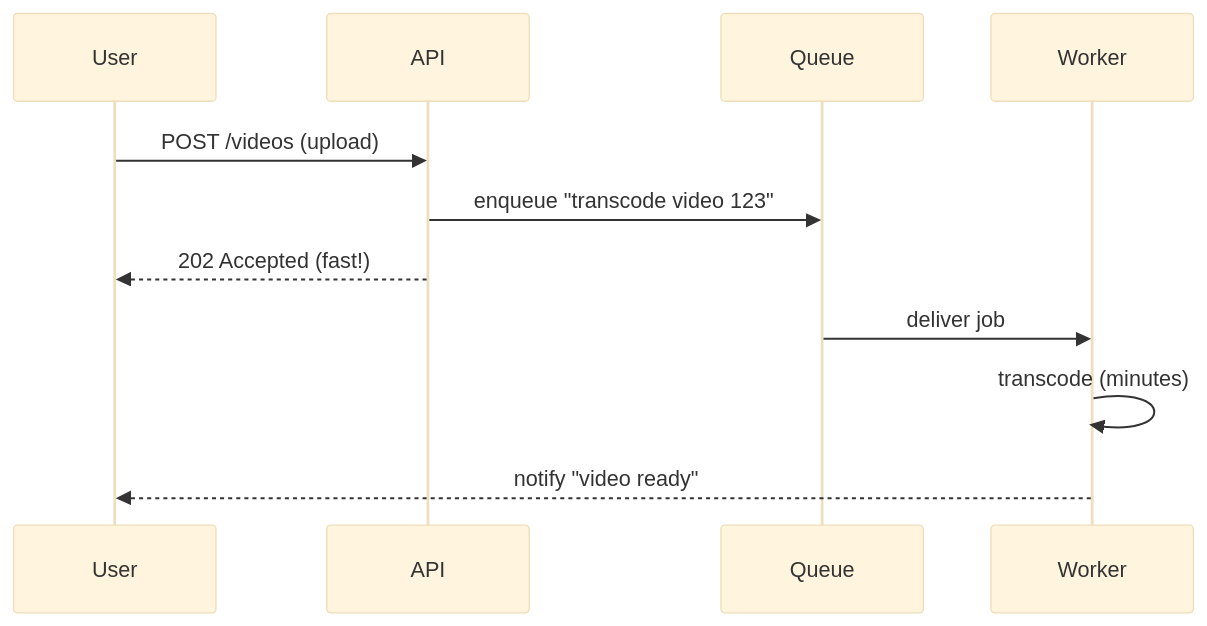
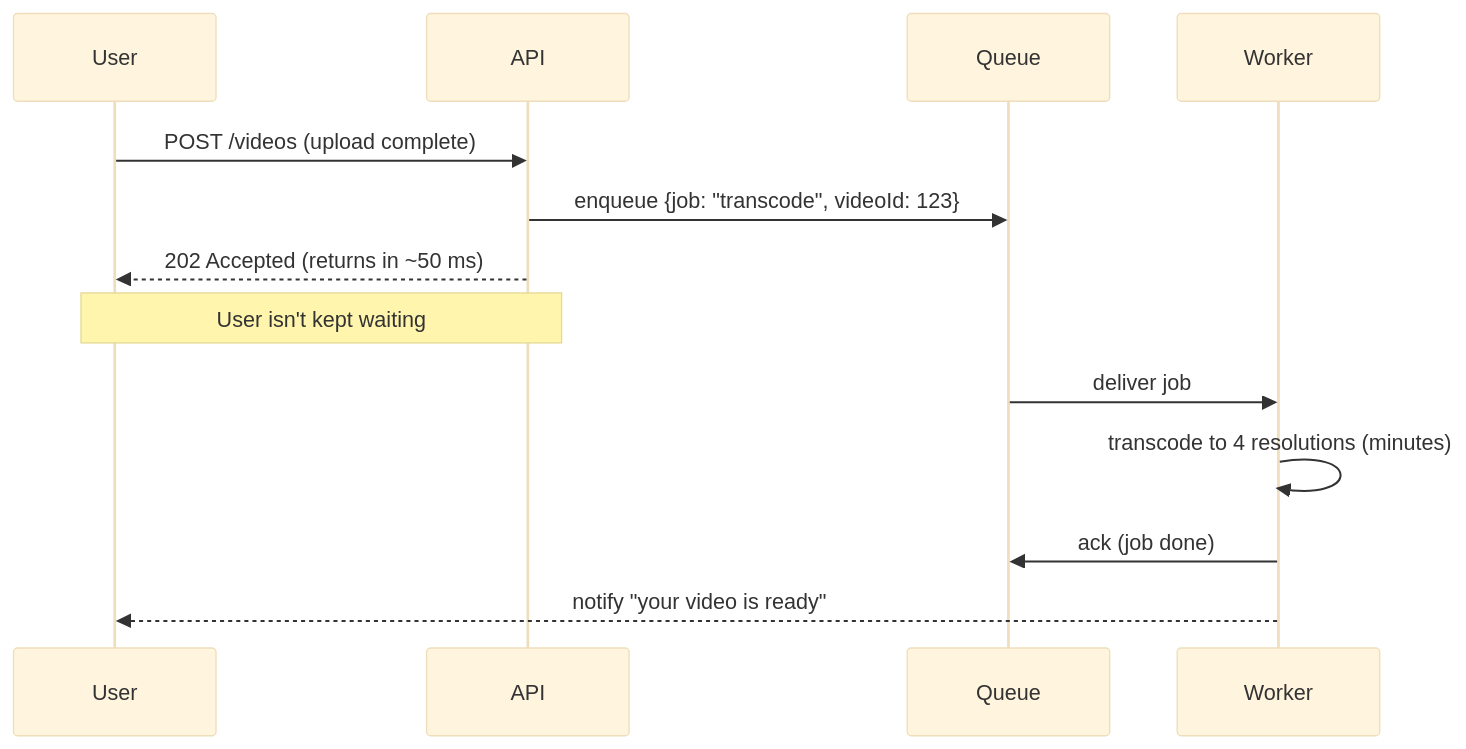
One commit to hshtgbrendo/software-dev-prep changed the first of 5 diagrams in design/3 System Design/Messaging & Event Streaming.md. Above: the diagram before and after it, drawn with Mermaid (base theme). The commit also changed other lines of this file and 28 other files, not shown here.

````diff
--- a/design/3 System Design/Messaging & Event Streaming.md
+++ b/design/3 System Design/Messaging & Event Streaming.md
@@ -16,13 +24,15 @@
 ```mermaid
 sequenceDiagram
   participant U as User
   participant API
   participant Q as Queue
   participant W as Worker
-  U->>API: POST /videos (upload)
-  API->>Q: enqueue "transcode video 123"
-  API-->>U: 202 Accepted (fast!)
+  U->>API: POST /videos (upload complete)
+  API->>Q: enqueue {job: "transcode", videoId: 123}
+  API-->>U: 202 Accepted (returns in ~50 ms)
+  Note over U,API: User isn't kept waiting
   Q->>W: deliver job
-  W->>W: transcode (minutes)
-  W-->>U: notify "video ready"
+  W->>W: transcode to 4 resolutions (minutes)
+  W->>Q: ack (job done)
+  W-->>U: notify "your video is ready"
 ```
````
